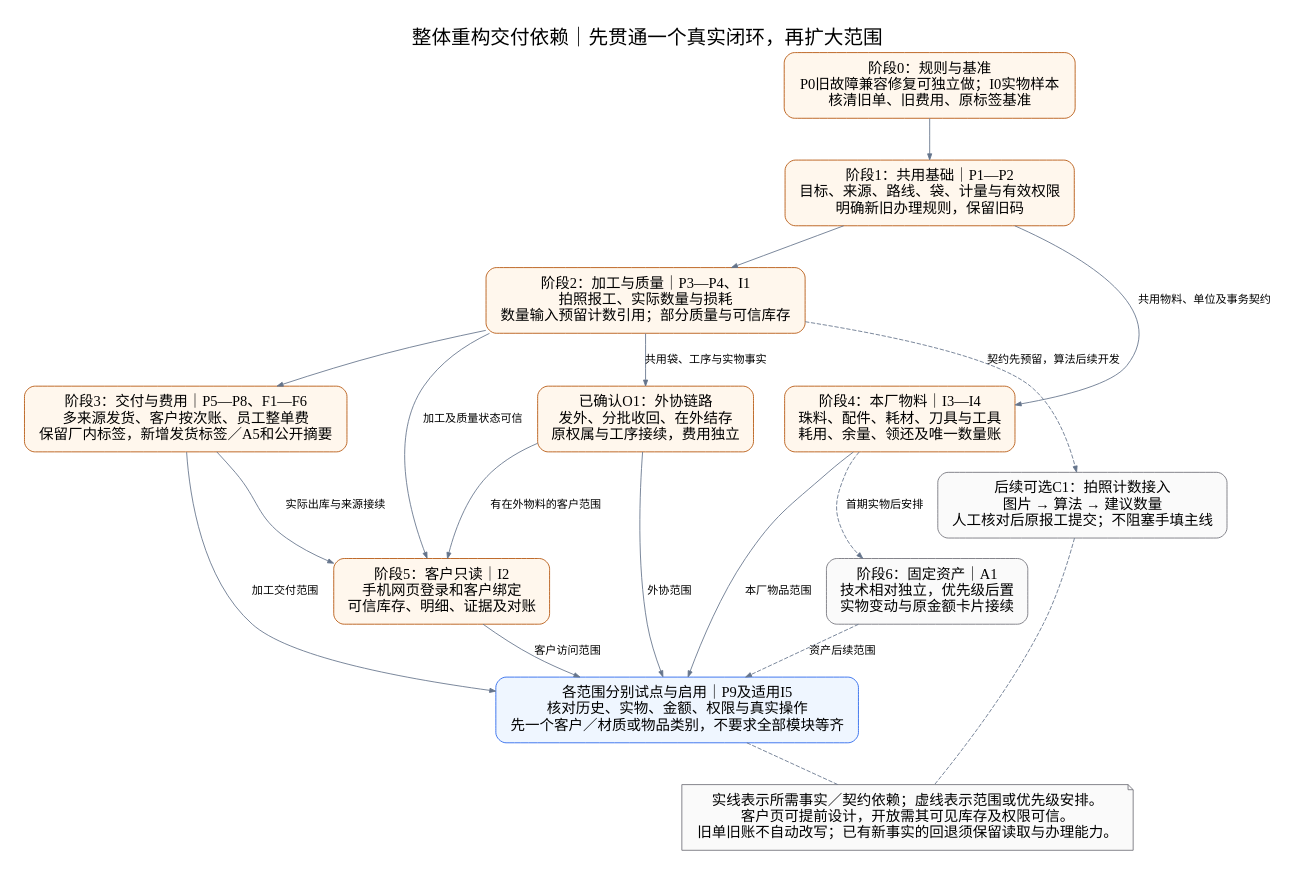
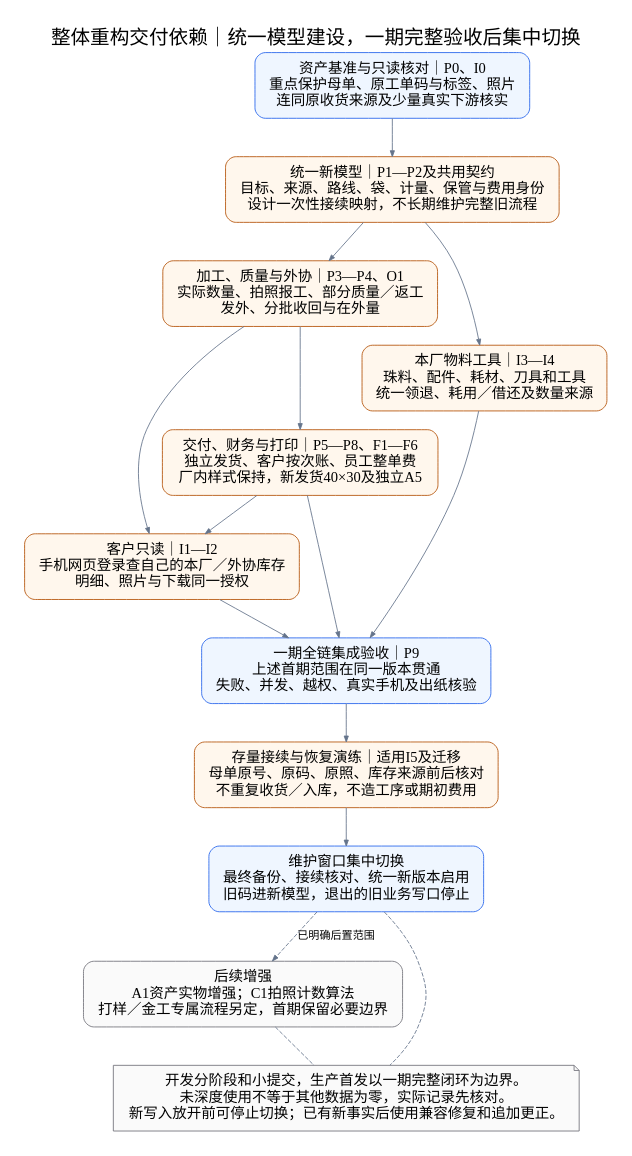
Before and after one commit to sxliuchen-hash/zhubao-ERP: the diagram in docs/diagrams/refactor-master/02-delivery-roadmap.dot, drawn with Graphviz. The commit also changed 11 other files, not shown here.

```diff
--- a/docs/diagrams/refactor-master/02-delivery-roadmap.dot
+++ b/docs/diagrams/refactor-master/02-delivery-roadmap.dot
@@ -1,31 +1,22 @@
 digraph G {
- graph [fontname="SimSun",fontsize=23,label="整体重构交付依赖｜先贯通一个真实闭环，再扩大范围",labelloc=t,rankdir=TB,bgcolor="white",pad="0.3",nodesep="0.5",ranksep="0.65"];
+ graph [fontname="SimSun",fontsize=23,label="整体重构交付依赖｜统一模型建设，一期完整验收后集中切换",labelloc=t,rankdir=TB,bgcolor="white",pad="0.3",nodesep="0.5",ranksep="0.6"];
  node [fontname="SimSun",fontsize=17,shape=box,style="rounded,filled",color="#b45309",fillcolor="#fff7ed",margin="0.2,0.14"];
  edge [fontname="SimSun",fontsize=13,color="#64748b",arrowsize=0.7];
- r0 [label="阶段0：规则与基准\nP0旧故障兼容修复可独立做；I0实物样本\n核清旧单、旧费用、原标签基准"];
- r1 [label="阶段1：共用基础｜P1—P2\n目标、来源、路线、袋、计量与有效权限\n明确新旧办理规则，保留旧码"];
- r2 [label="阶段2：加工与质量｜P3—P4、I1\n拍照报工、实际数量与损耗\n数量输入预留计数引用；部分质量与可信库存"];
- r3 [label="阶段3：交付与费用｜P5—P8、F1—F6\n多来源发货、客户按次账、员工整单费\n保留厂内标签，新增发货标签／A5和公开摘要"];
- r4 [label="阶段4：本厂物料｜I3—I4\n珠料、配件、耗材、刀具与工具\n耗用、余量、领还及唯一数量账"];
- r5 [label="阶段5：客户只读｜I2\n手机网页登录和客户绑定\n可信库存、明细、证据及对账"];
- r6 [label="阶段6：固定资产｜A1\n技术相对独立，优先级后置\n实物变动与原金额卡片接续",color="#71717a",fillcolor="#fafafa"];
- outsourcing [label="已确认O1：外协链路\n发外、分批收回、在外结存\n原权属与工序接续，费用独立"];
- count [label="后续可选C1：拍照计数接入\n图片 → 算法 → 建议数量\n人工核对后原报工提交；不阻塞手填主线",color="#71717a",fillcolor="#fafafa"];
- pilot [label="各范围分别试点与启用｜P9及适用I5\n核对历史、实物、金额、权限与真实操作\n先一个客户／材质或物品类别，不要求全部模块等齐",color="#2563eb",fillcolor="#eff6ff"];
- note [shape=note,label="实线表示所需事实／契约依赖；虚线表示范围或优先级安排。\n客户页可提前设计，开放需其可见库存及权限可信。\n旧单旧账不自动改写；已有新事实的回退须保留读取与办理能力。",color="#71717a",fillcolor="#fafafa"];
- r0 -> r1;r1 -> r2;r2 -> r3;
- r1 -> r4 [label="共用物料、单位及事务契约"];
- r2 -> r5 [label="加工及质量状态可信"];
- r2 -> outsourcing [label="共用袋、工序与实物事实"];
- outsourcing -> r5 [label="有在外物料的客户范围"];
- outsourcing -> pilot [label="外协范围"];
- r2 -> count [style=dashed,label="契约先预留，算法后续开发"];
- r3 -> r5 [label="实际出库与来源接续"];
- r4 -> r6 [style=dashed,label="首期实物后安排"];
- r3 -> pilot [label="加工交付范围"];
- r4 -> pilot [label="本厂物品范围"];
- r5 -> pilot [label="客户访问范围"];
- r6 -> pilot [style=dashed,label="资产后续范围"];
- pilot -> note [style=dashed,arrowhead=none];
- count -> note [style=dashed,arrowhead=none];
+ assets [label="资产基准与只读核对｜P0、I0\n重点保护母单、原工单码与标签、照片\n连同原收货来源及少量真实下游核实",color="#2563eb",fillcolor="#eff6ff"];
+ model [label="统一新模型｜P1—P2及共用契约\n目标、来源、路线、袋、计量、保管与费用身份\n设计一次性接续映射，不长期维护完整旧流程"];
+ production [label="加工、质量与外协｜P3—P4、O1\n实际数量、拍照报工、部分质量／返工\n发外、分批收回与在外量"];
+ delivery [label="交付、财务与打印｜P5—P8、F1—F6\n独立发货、客户按次账、员工整单费\n厂内样式保持，新发货40×30及独立A5"];
+ factory [label="本厂物料工具｜I3—I4\n珠料、配件、耗材、刀具和工具\n统一领退、耗用／借还及数量来源"];
+ customer [label="客户只读｜I1—I2\n手机网页登录查自己的本厂／外协库存\n明细、照片与下载同一授权"];
+ integration [label="一期全链集成验收｜P9\n上述首期范围在同一版本贯通\n失败、并发、越权、真实手机及出纸核验",color="#2563eb",fillcolor="#eff6ff"];
+ rehearsal [label="存量接续与恢复演练｜适用I5及迁移\n母单原号、原码、原照、库存来源前后核对\n不重复收货／入库，不造工序或期初费用"];
+ cutover [label="维护窗口集中切换\n最终备份、接续核对、统一新版本启用\n旧码进新模型，退出的旧业务写口停止",color="#2563eb",fillcolor="#eff6ff"];
+ future [label="后续增强\nA1资产实物增强；C1拍照计数算法\n打样／金工专属流程另定，首期保留必要边界",color="#71717a",fillcolor="#fafafa"];
+ note [shape=note,label="开发分阶段和小提交，生产首发以一期完整闭环为边界。\n未深度使用不等于其他数据为零，实际记录先核对。\n新写入放开前可停止切换；已有新事实后使用兼容修复和追加更正。",color="#71717a",fillcolor="#fafafa"];
+ assets -> model;model -> production;model -> factory;
+ production -> delivery;production -> customer;delivery -> customer;
+ delivery -> integration;factory -> integration;customer -> integration;
+ integration -> rehearsal;rehearsal -> cutover;
+ cutover -> future [style=dashed,label="已明确后置范围"];
+ cutover -> note [style=dashed,arrowhead=none];future -> note [style=dashed,arrowhead=none];
 }
```
